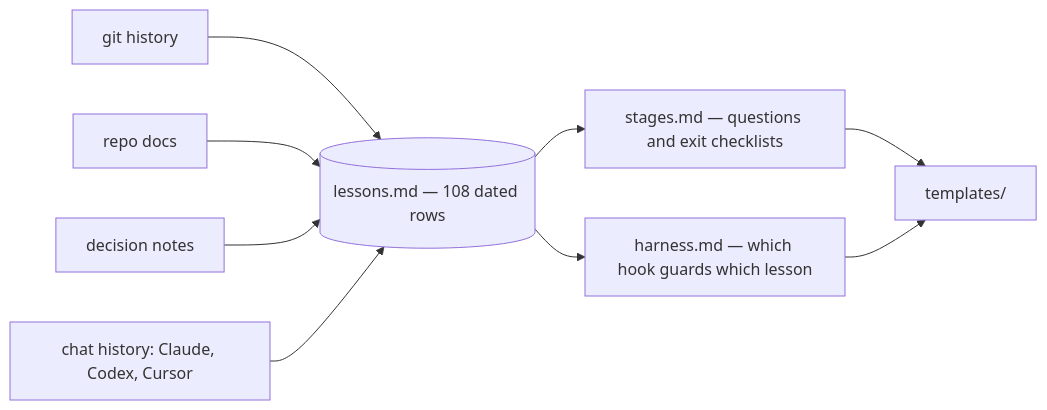
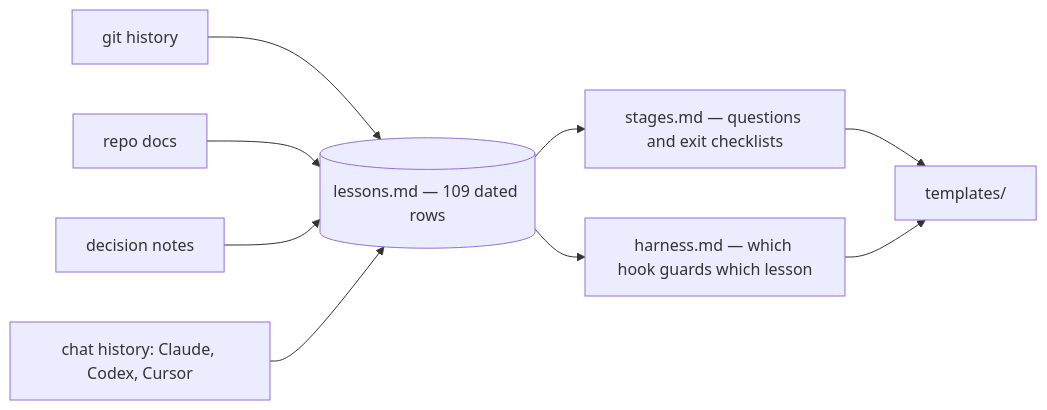
Before and after one commit to EranTzarum/project-kickoff: the second of 2 diagrams in README.md, drawn with Mermaid. The commit also changed other lines of this file and 10 other files, not shown here.

````diff
--- a/README.md
+++ b/README.md
@@ -235,11 +236,11 @@
 ```mermaid
 flowchart LR
     G["git history"] --> L
     D["repo docs"] --> L
     V["decision notes"] --> L
     C["chat history: Claude, Codex, Cursor"] --> L
-    L[("lessons.md — 108 dated rows")] --> S["stages.md — questions and exit checklists"]
+    L[("lessons.md — 109 dated rows")] --> S["stages.md — questions and exit checklists"]
     L --> H["harness.md — which hook guards which lesson"]
     S --> T["templates/"]
     H --> T
 ```
````
